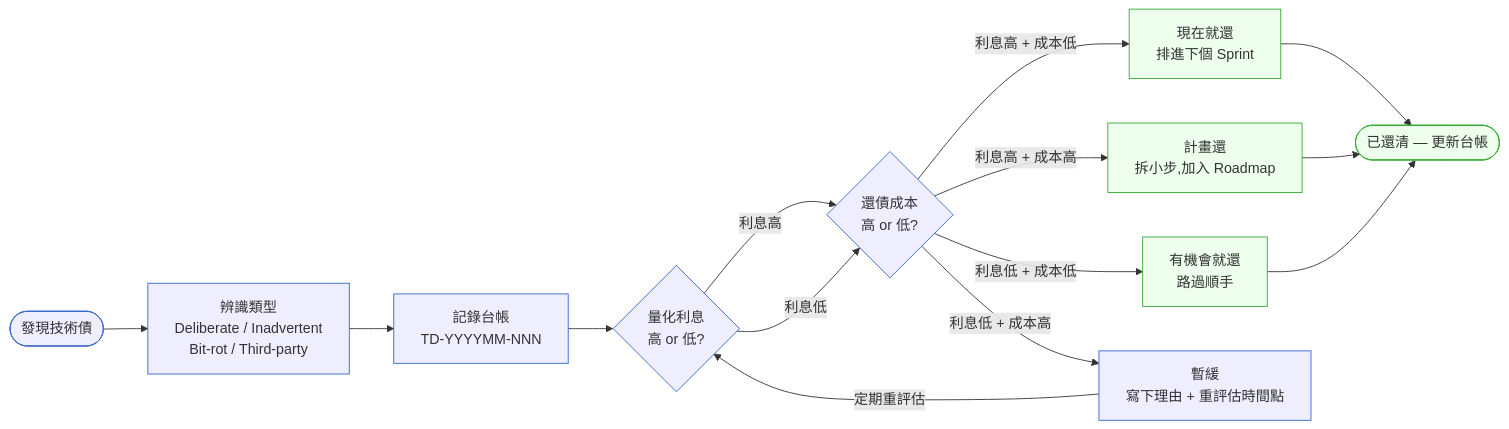
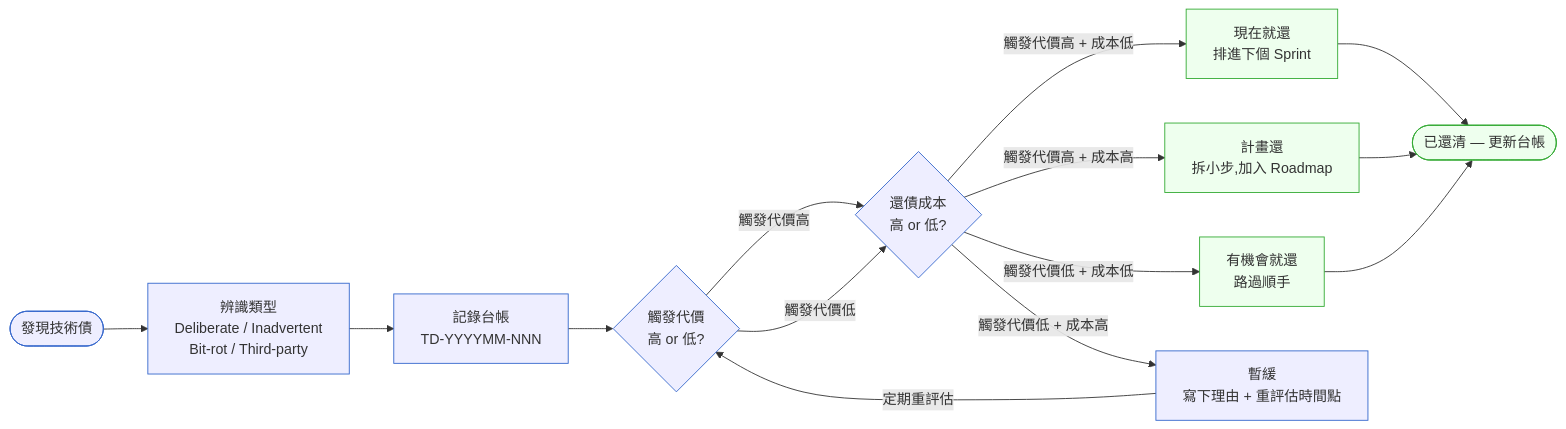
One commit to EddyKuo/rd-playbook changed the second of 2 diagrams in part-02-craft/ch-09-tech-debt.md. Above: the diagram before and after it, drawn with Mermaid. The commit also changed other lines of this file and 45 other files, not shown here.

````diff
--- a/part-02-craft/ch-09-tech-debt.md
+++ b/part-02-craft/ch-09-tech-debt.md
@@ -153,29 +164,29 @@
 ```mermaid
 flowchart LR
   A([發現技術債]):::cold
   B[辨識類型<br/>Deliberate / Inadvertent<br/>Bit-rot / Third-party]:::cold
   C[記錄台帳<br/>TD-YYYYMM-NNN]:::cold
-  D{量化利息<br/>高 or 低?}:::cold
+  D{觸發代價<br/>高 or 低?}:::cold
   E{還債成本<br/>高 or 低?}:::cold
   F[現在就還<br/>排進下個 Sprint]:::goal
   G[計畫還<br/>拆小步,加入 Roadmap]:::goal
   H[有機會就還<br/>路過順手]:::goal
   I[暫緩<br/>寫下理由 + 重評估時間點]:::cold
   J([已還清 — 更新台帳]):::goal
 
   A --> B --> C --> D
-  D -- 利息高 --> E
-  D -- 利息低 --> E
-  E -- 利息高 + 成本低 --> F
-  E -- 利息高 + 成本高 --> G
-  E -- 利息低 + 成本低 --> H
-  E -- 利息低 + 成本高 --> I
+  D -- 觸發代價高 --> E
+  D -- 觸發代價低 --> E
+  E -- 觸發代價高 + 成本低 --> F
+  E -- 觸發代價高 + 成本高 --> G
+  E -- 觸發代價低 + 成本低 --> H
+  E -- 觸發代價低 + 成本高 --> I
   F --> J
   G --> J
   H --> J
   I -- 定期重評估 --> D
 
   classDef hot  fill:#fee,stroke:#c33
   classDef cold fill:#eef,stroke:#36c
   classDef goal fill:#efe,stroke:#3a3
 ```
````
